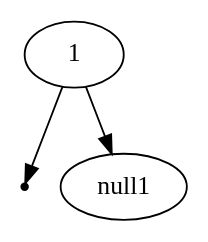
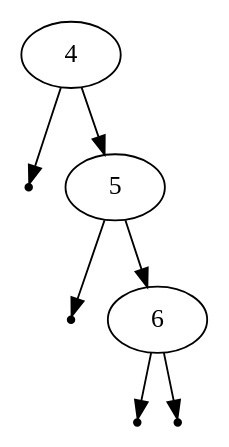
The diagram in graph.dot (aschey/cs260), drawn with Graphviz before and after one commit. The commit also changed 3 other files, not shown here.

Commit message:
added methods to bst, fixed graphing

```diff
--- a/graph.dot
+++ b/graph.dot
@@ -1,5 +1,12 @@
 digraph {
-graph [ordering="out"];1 -> null0 [shape=point];
-null0 [shape=point];
-1 -> null1 [shape=point];
+graph [ordering="out"];null0 [shape=point];
+4 -> null0;
+4 -> 5;
+null1 [shape=point];
+5 -> null1;
+5 -> 6;
+null2 [shape=point];
+6 -> null2;
+null3 [shape=point];
+6 -> null3;
 }
```
